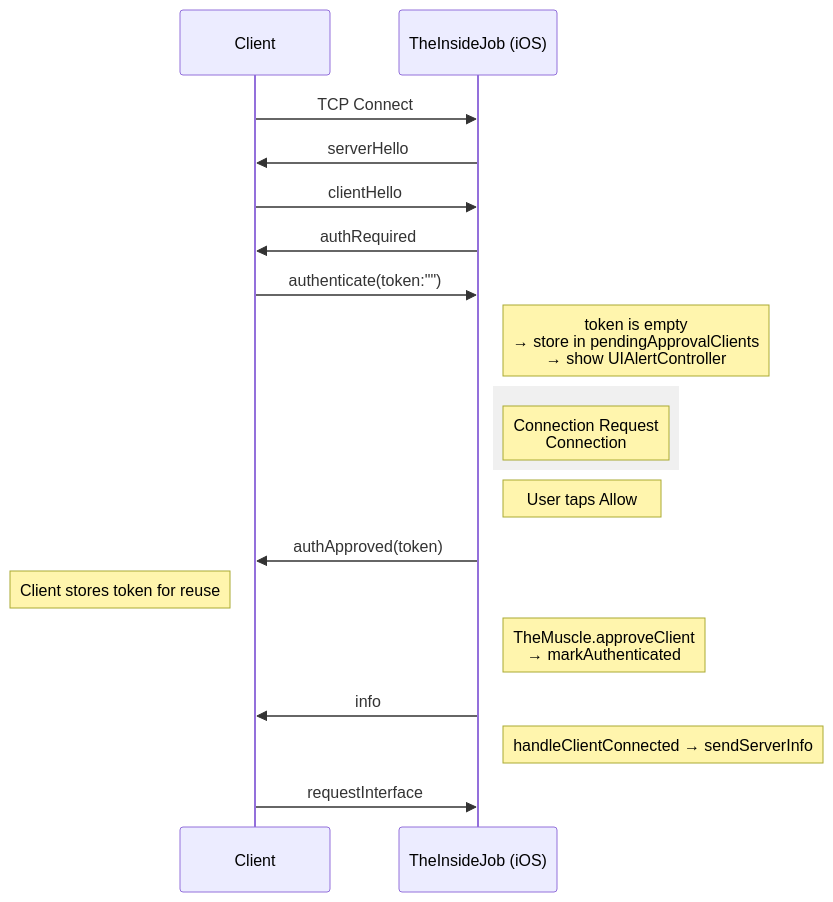
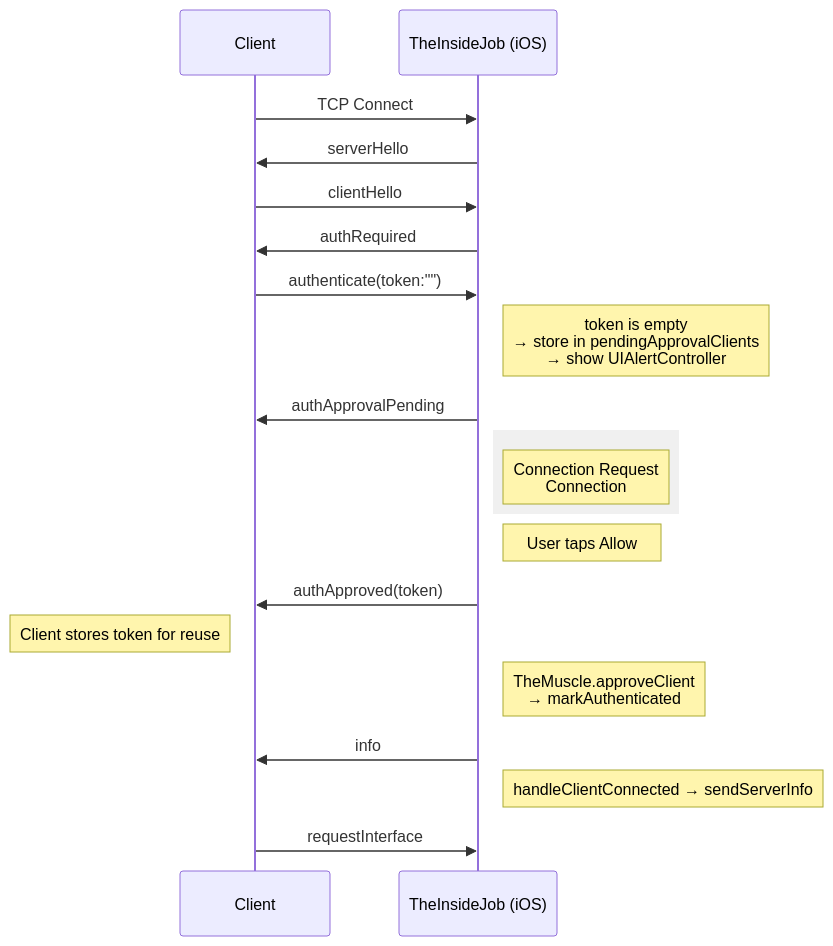
Before and after one commit to RoyalPineapple/TheButtonHeist: the third of 7 diagrams in docs/AUTH.md, drawn with Mermaid. The commit also changed other lines of this file and 36 other files, not shown here.

````diff
--- a/docs/AUTH.md
+++ b/docs/AUTH.md
@@ -105,24 +111,25 @@
 ```mermaid
 sequenceDiagram
     participant Client
     participant TheInsideJob as TheInsideJob (iOS)
 
     Client->>TheInsideJob: TCP Connect
     TheInsideJob->>Client: serverHello
     Client->>TheInsideJob: clientHello
     TheInsideJob->>Client: authRequired
     Client->>TheInsideJob: authenticate(token:"")
     Note right of TheInsideJob: token is empty<br/>→ store in pendingApprovalClients<br/>→ show UIAlertController
+    TheInsideJob->>Client: authApprovalPending
 
     rect rgb(240, 240, 240)
         Note right of TheInsideJob: Connection Request<br/>Connection #N is requesting access.<br/>[Deny] [Allow]
     end
 
     Note right of TheInsideJob: User taps Allow
     TheInsideJob->>Client: authApproved(token)
     Note left of Client: Client stores token for reuse
     Note right of TheInsideJob: TheMuscle.approveClient<br/>→ markAuthenticated
     TheInsideJob->>Client: info
     Note right of TheInsideJob: handleClientConnected → sendServerInfo
     Client->>TheInsideJob: requestInterface
 ```
````
